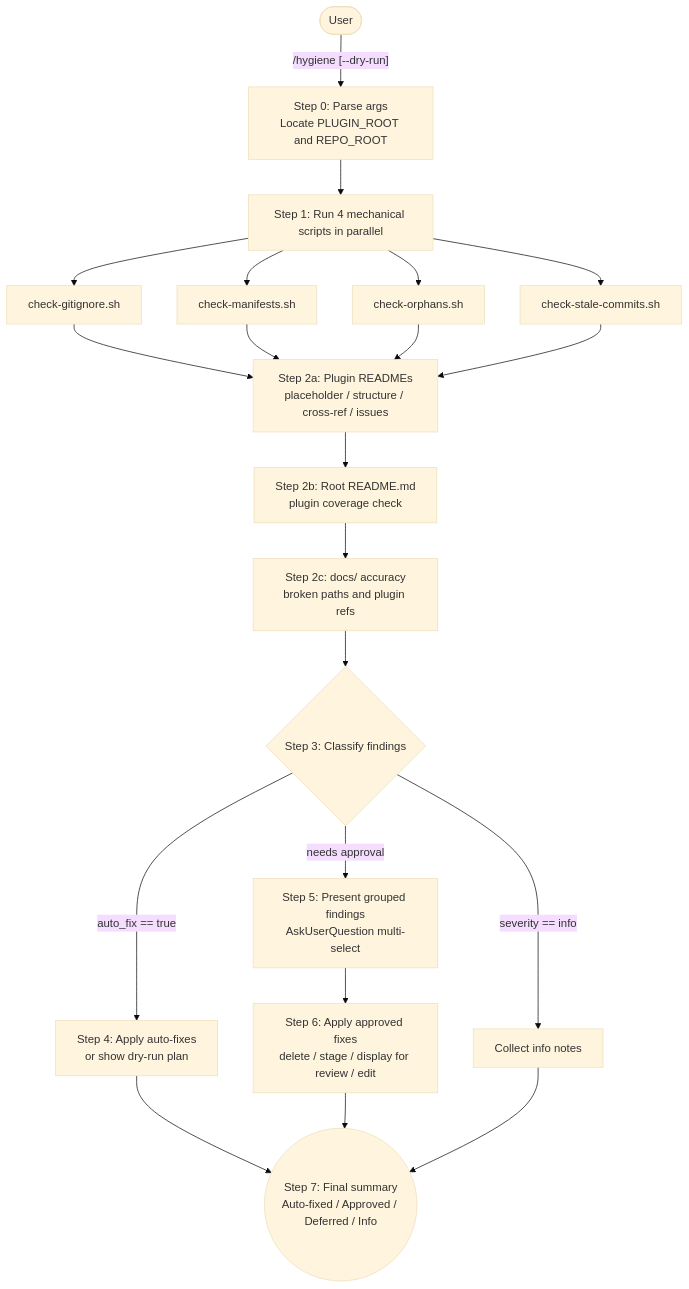
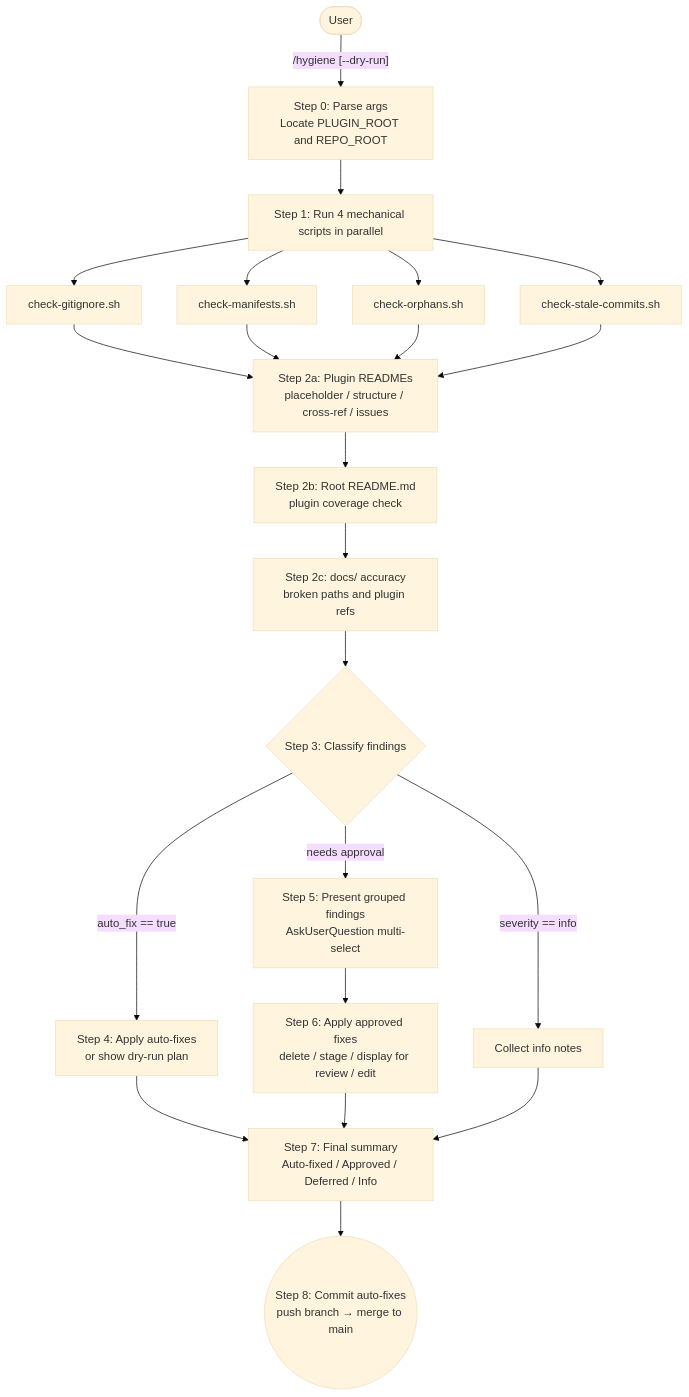
One commit to L3Digital-Net/Claude-Code-Plugins changed the diagram in plugins/repo-hygiene/README.md. Above: the diagram before and after it, drawn with Mermaid (base theme). The commit also changed other lines of this file and 4 other files, not shown here.

First line of the commit message:
feat(repo-hygiene): add Step 8 — auto-commit fixes and push to remote (v1.1.1)

````diff
--- a/plugins/repo-hygiene/README.md
+++ b/plugins/repo-hygiene/README.md
@@ -40,18 +40,19 @@
 ```mermaid
 flowchart TD
     U([User]) -->|"/hygiene [--dry-run]"| S0[Step 0: Parse args<br/>Locate PLUGIN_ROOT and REPO_ROOT]
     S0 --> P[Step 1: Run 4 mechanical scripts in parallel]
     P --> G[check-gitignore.sh]
     P --> M[check-manifests.sh]
     P --> O[check-orphans.sh]
     P --> C[check-stale-commits.sh]
     G & M & O & C --> R2A[Step 2a: Plugin READMEs<br/>placeholder / structure / cross-ref / issues]
     R2A --> R2B[Step 2b: Root README.md<br/>plugin coverage check]
     R2B --> R2C[Step 2c: docs/ accuracy<br/>broken paths and plugin refs]
     R2C --> CL{Step 3: Classify findings}
     CL -->|auto_fix == true| AF[Step 4: Apply auto-fixes<br/>or show dry-run plan]
     CL -->|needs approval| NA[Step 5: Present grouped findings<br/>AskUserQuestion multi-select]
     CL -->|severity == info| IN[Collect info notes]
     NA --> AP[Step 6: Apply approved fixes<br/>delete / stage / display for review / edit]
-    AF & AP & IN --> SUM((Step 7: Final summary<br/>Auto-fixed / Approved / Deferred / Info))
+    AF & AP & IN --> SUM[Step 7: Final summary<br/>Auto-fixed / Approved / Deferred / Info]
+    SUM --> PUSH((Step 8: Commit auto-fixes<br/>push branch → merge to main))
 ```
````
